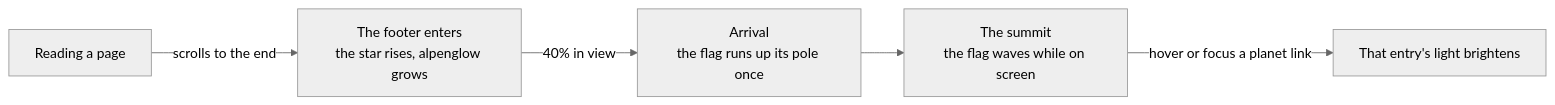
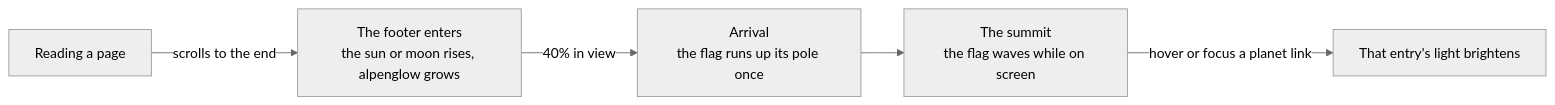
The first of 3 diagrams in content/docs/maintain/app-flow/himalayan-horizon.mdx (nepal-dev-com/docs.nepal-dev.com), drawn with Mermaid (neutral theme) before and after one commit. The commit also changed other lines of this file and 35 other files, not shown here.

Commit message:
sun and moon position dynamic in horizon

````diff
--- a/content/docs/maintain/app-flow/himalayan-horizon.mdx
+++ b/content/docs/maintain/app-flow/himalayan-horizon.mdx
@@ -34,7 +35,7 @@
 ```mermaid
 flowchart LR
-  R["Reading a page"] -->|scrolls to the end| E["The footer enters<br/>the star rises, alpenglow grows"]
+  R["Reading a page"] -->|scrolls to the end| E["The footer enters<br/>the sun or moon rises, alpenglow grows"]
   E -->|40% in view| A["Arrival<br/>the flag runs up its pole once"]
   A --> S["The summit<br/>the flag waves while on screen"]
   S -->|hover or focus a planet link| L["That entry's light brightens"]
 ```
````
